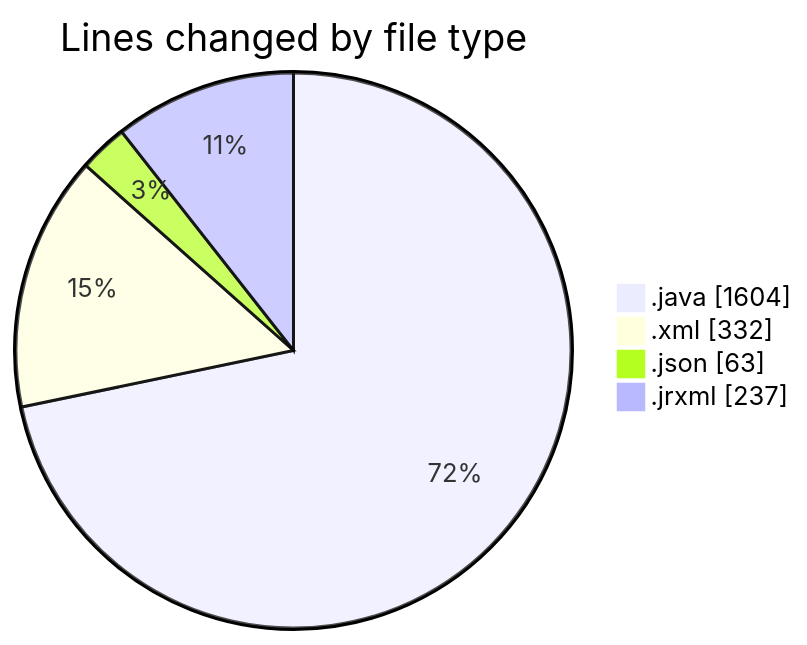
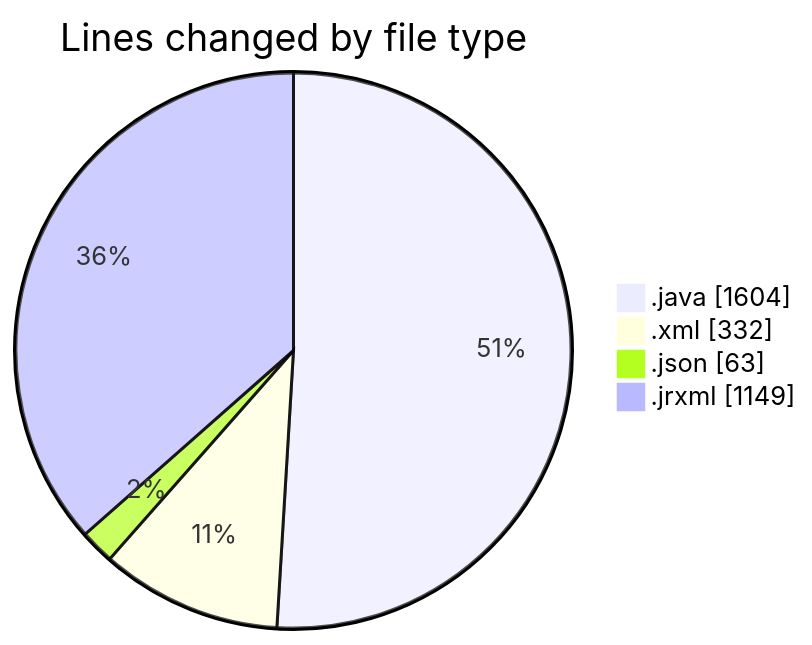
The first of 2 diagrams in 2026-07-07/cilreports__workspace_/README.md (ricardozamudiocil/code-tracking), drawn with Mermaid before and after one commit. The commit also changed other lines of this file and 1 other file, not shown here.

````diff
--- a/2026-07-07/cilreports__workspace_/README.md
+++ b/2026-07-07/cilreports__workspace_/README.md
@@ -25,8 +29,8 @@
 ```mermaid
 pie showData
 title Lines changed by file type
 ".java" : 1604
 ".xml" : 332
 ".json" : 63
-".jrxml" : 237
+".jrxml" : 1149
 ```
````
